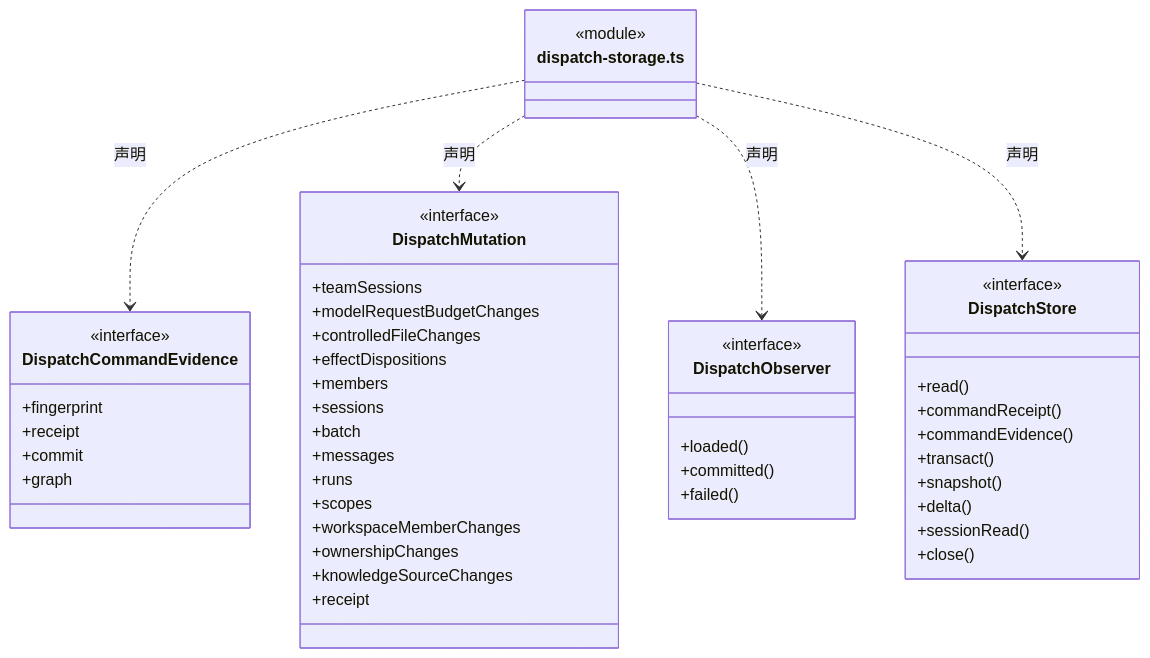
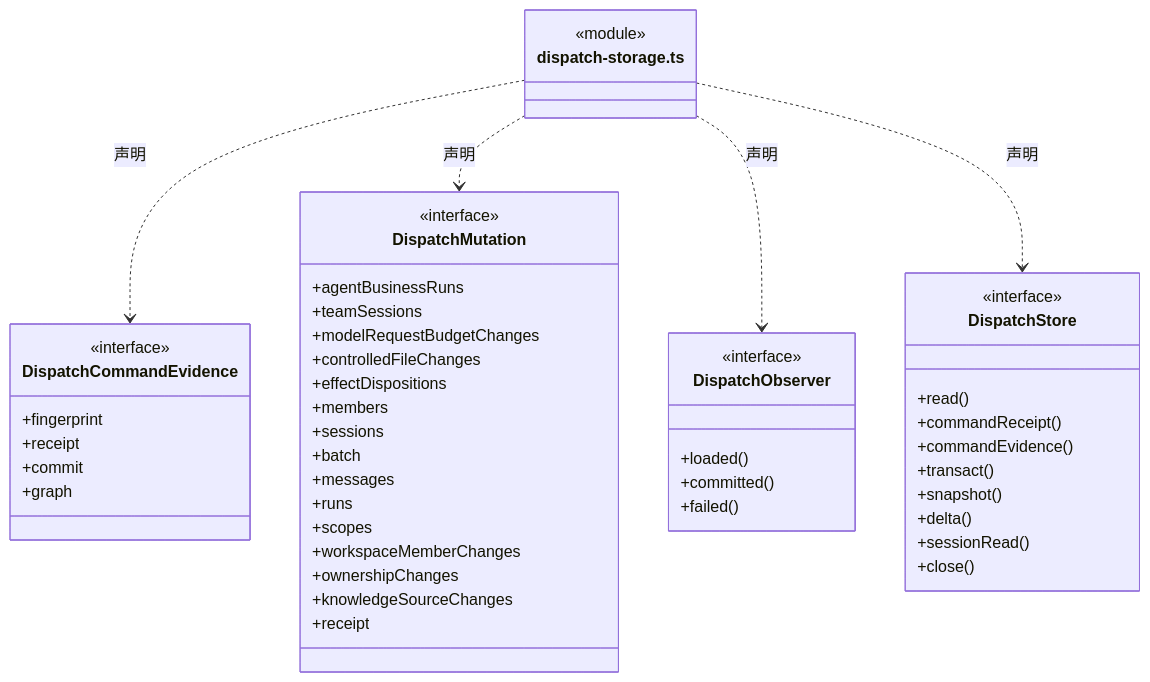
The fourth of 4 diagrams in src/logic/dispatch/rules/ARCHITECTURE.md (nan023062/cbim), drawn with Mermaid before and after one commit. The commit also changed other lines of this file and 42 other files, not shown here.

````diff
--- a/src/logic/dispatch/rules/ARCHITECTURE.md
+++ b/src/logic/dispatch/rules/ARCHITECTURE.md
@@ -135,51 +136,52 @@
 ```mermaid
 classDiagram
 class N_src_logic_dispatch_rules_dispatch_storage_ts["dispatch-storage.ts"] {
   <<module>>
 }
 class N_src_logic_dispatch_rules_dispatch_storage_ts_DispatchCommandEvidence["DispatchCommandEvidence"] {
   <<interface>>
   +fingerprint
   +receipt
   +commit
   +graph
 }
 N_src_logic_dispatch_rules_dispatch_storage_ts ..> N_src_logic_dispatch_rules_dispatch_storage_ts_DispatchCommandEvidence : 声明
 class N_src_logic_dispatch_rules_dispatch_storage_ts_DispatchMutation["DispatchMutation"] {
   <<interface>>
+  +agentBusinessRuns
   +teamSessions
   +modelRequestBudgetChanges
   +controlledFileChanges
   +effectDispositions
   +members
   +sessions
   +batch
   +messages
   +runs
   +scopes
   +workspaceMemberChanges
   +ownershipChanges
   +knowledgeSourceChanges
   +receipt
 }
 N_src_logic_dispatch_rules_dispatch_storage_ts ..> N_src_logic_dispatch_rules_dispatch_storage_ts_DispatchMutation : 声明
 class N_src_logic_dispatch_rules_dispatch_storage_ts_DispatchObserver["DispatchObserver"] {
   <<interface>>
   +loaded()
   +committed()
   +failed()
 }
 N_src_logic_dispatch_rules_dispatch_storage_ts ..> N_src_logic_dispatch_rules_dispatch_storage_ts_DispatchObserver : 声明
 class N_src_logic_dispatch_rules_dispatch_storage_ts_DispatchStore["DispatchStore"] {
   <<interface>>
   +read()
   +commandReceipt()
   +commandEvidence()
   +transact()
   +snapshot()
   +delta()
   +sessionRead()
   +close()
 }
 N_src_logic_dispatch_rules_dispatch_storage_ts ..> N_src_logic_dispatch_rules_dispatch_storage_ts_DispatchStore : 声明
 ```
````
